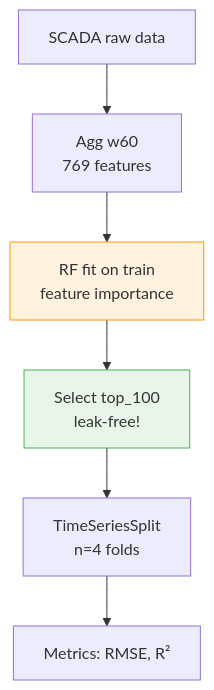
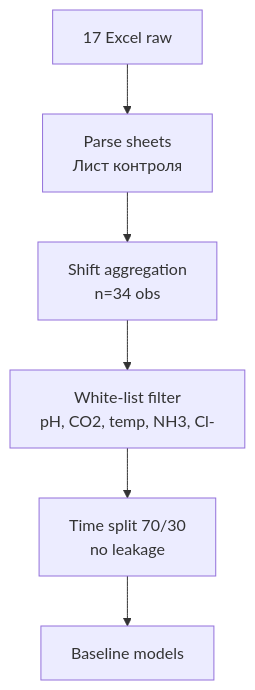
Before and after one commit to Misha-42/soda-ml-carbonation-control: the second of 7 diagrams in experiments/soda-ml-nir_targetB_v6/README.md, drawn with Mermaid. The commit also changed other lines of this file, not shown here.

````diff
--- a/experiments/soda-ml-nir_targetB_v6/README.md
+++ b/experiments/soda-ml-nir_targetB_v6/README.md
@@ -91,10 +98,8 @@
 ```mermaid
 flowchart TD
-    A[SCADA raw data] --> B[Agg w60<br/>769 features]
-    B --> C[RF fit on train<br/>feature importance]
-    C --> D[Select top_100<br/>leak-free!]
-    D --> E[TimeSeriesSplit<br/>n=4 folds]
-    E --> F[Metrics: RMSE, R²]
-    style C fill:#fff3e0,stroke:#ff9800
-    style D fill:#e8f5e9,stroke:#4caf50
+    A[17 Excel raw] --> B[Parse sheets<br/>Лист контроля]
+    B --> C[Shift aggregation<br/>n=34 obs]
+    C --> D[White-list filter<br/>pH, CO2, temp, NH3, Cl-]
+    D --> E[Time split 70/30<br/>no leakage]
+    E --> F[Baseline models]
 ```
````
